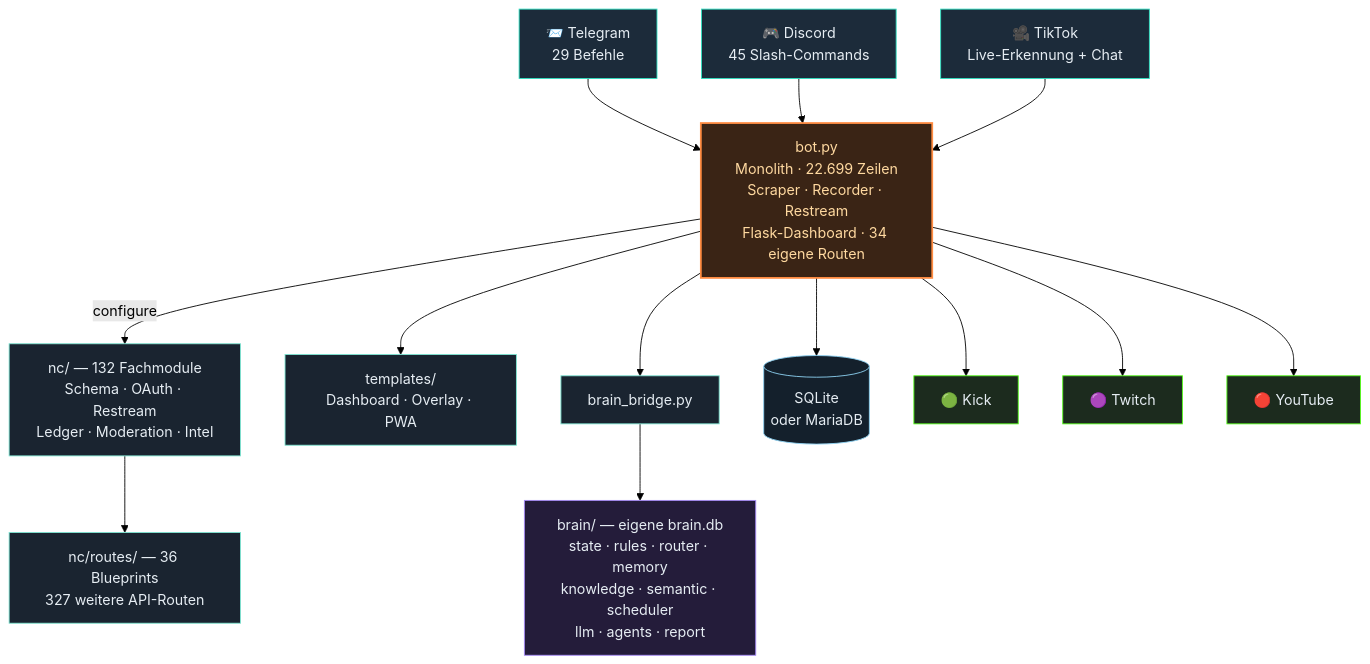
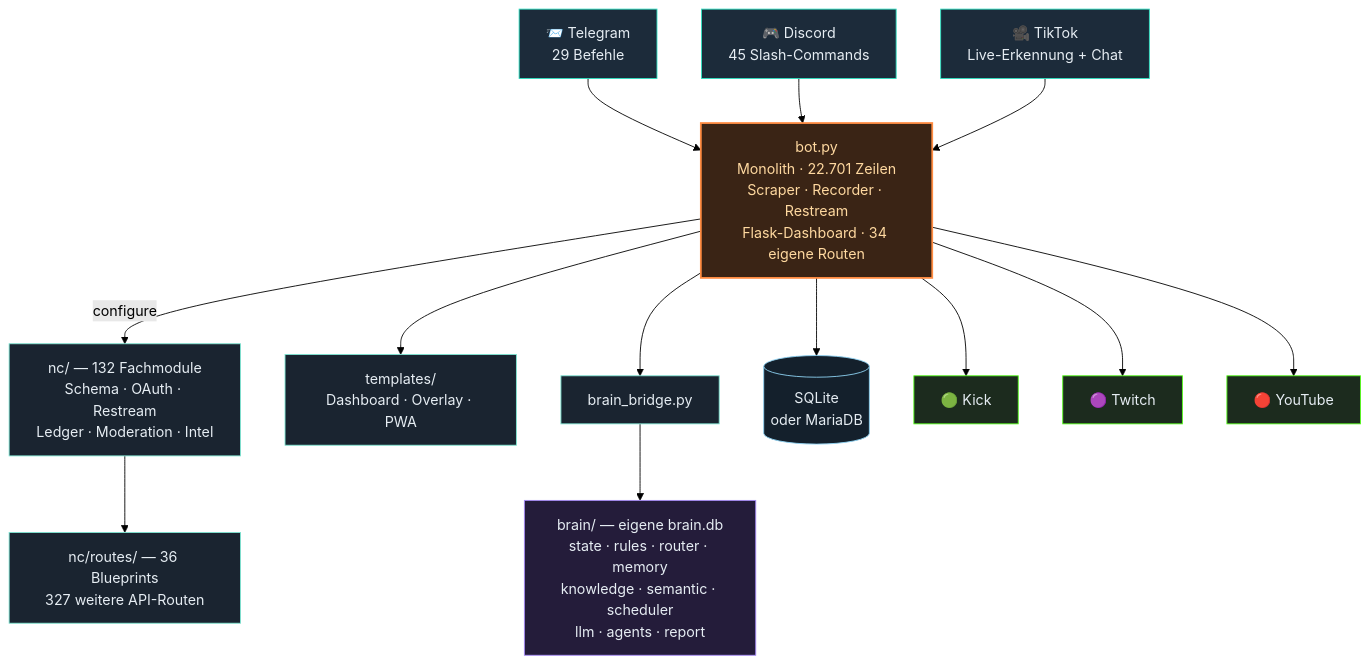
One commit to itsamemedev/Telegram-Stream-Info-Bot changed the third of 4 diagrams in README.md. Above: the diagram before and after it, drawn with Mermaid (forest theme). The commit also changed other lines of this file and 11 other files, not shown here.

````diff
--- a/README.md
+++ b/README.md
@@ -189,30 +189,30 @@
 ```mermaid
 flowchart TB
     TG["📨 Telegram<br/>29 Befehle"]:::ein
     DC["🎮 Discord<br/>45 Slash-Commands"]:::ein
     TT["🎥 TikTok<br/>Live-Erkennung + Chat"]:::ein
 
     TG --> BOT
     DC --> BOT
     TT --> BOT
 
-    BOT["bot.py<br/>Monolith · 22.699 Zeilen<br/>Scraper · Recorder · Restream<br/>Flask-Dashboard · 34 eigene Routen"]:::core
+    BOT["bot.py<br/>Monolith · 22.701 Zeilen<br/>Scraper · Recorder · Restream<br/>Flask-Dashboard · 34 eigene Routen"]:::core
 
     BOT -->|configure| NC["nc/ — 132 Fachmodule<br/>Schema · OAuth · Restream<br/>Ledger · Moderation · Intel"]:::lib
     NC --> RT["nc/routes/ — 36 Blueprints<br/>327 weitere API-Routen"]:::lib
     BOT --> TPL["templates/<br/>Dashboard · Overlay · PWA"]:::lib
     BOT --> BR["brain_bridge.py"]:::lib
     BR --> BRAIN["brain/ — eigene brain.db<br/>state · rules · router · memory<br/>knowledge · semantic · scheduler<br/>llm · agents · report"]:::brain
     BOT --> DB[("SQLite<br/>oder MariaDB")]:::db
 
     BOT --> KICK["🟢 Kick"]:::out
     BOT --> TW["🟣 Twitch"]:::out
     BOT --> YT["🔴 YouTube"]:::out
 
     classDef ein fill:#1c2b3a,stroke:#2de1c2,color:#e6edf3
     classDef core fill:#3a2415,stroke:#ff8c42,stroke-width:2px,color:#ffd9a0
     classDef lib fill:#1a2430,stroke:#7fe7d4,color:#e6edf3
     classDef brain fill:#241c3a,stroke:#a78bfa,color:#e6edf3
     classDef db fill:#14202c,stroke:#8fd3f4,color:#e6edf3
     classDef out fill:#1c2b1e,stroke:#53fc18,color:#e6edf3
 ```
````
